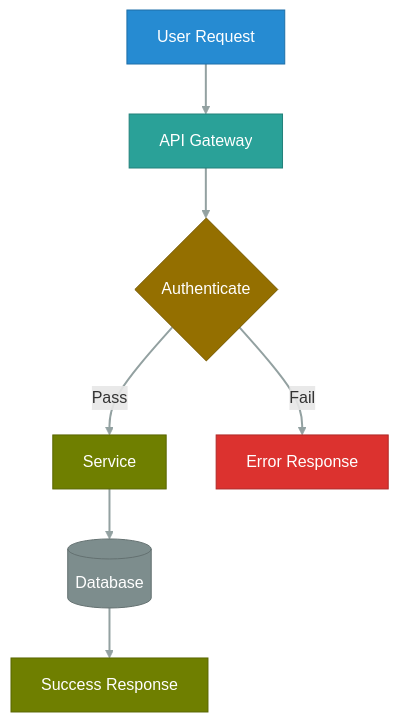
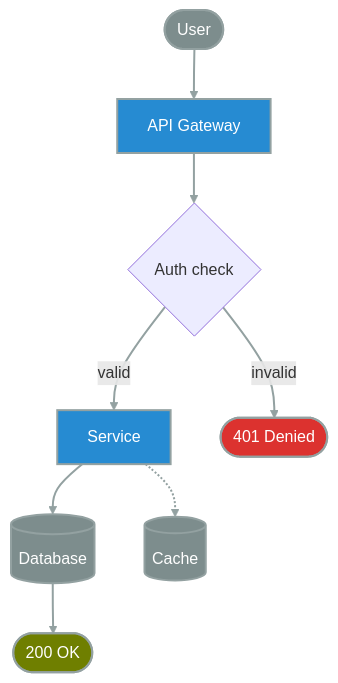
One commit to mdsakalu/agent-plugins changed the sixth of 24 diagrams in creating-mermaid-diagrams/skills/creating-mermaid-diagrams/references/themes.md. Above: the diagram before and after it, drawn with Mermaid. The commit also changed other lines of this file and 4 other files, not shown here.

First line of the commit message:
refactor(creating-mermaid-diagrams): design-driven styling overhaul

````diff
--- a/creating-mermaid-diagrams/skills/creating-mermaid-diagrams/references/themes.md
+++ b/creating-mermaid-diagrams/skills/creating-mermaid-diagrams/references/themes.md
@@ -252,26 +273,18 @@
 ```mermaid
 flowchart TD
-    user["User Request"] --> api["API Gateway"]
-    api --> auth{"Authenticate"}
-    auth -->|Pass| service["Service"]
-    auth -->|Fail| error["Error Response"]
-    service --> db[("Database")]
-    db --> response["Success Response"]
+    user(["User"]) ==> api["API Gateway"] ==> auth{"Auth check"}
+    auth == valid ==> svc["Service"] ==> db[("Database")] ==> res(["200 OK"])
+    auth -- invalid --> err(["401 Denied"])
+    svc -.-> cache[("Cache")]
 
-    classDef primary fill:#268bd2,stroke:#1e6fa8,color:#ffffff
-    classDef secondary fill:#7d8d8d,stroke:#647171,color:#ffffff
-    classDef success fill:#6f7f00,stroke:#596600,color:#ffffff
-    classDef warning fill:#946f00,stroke:#765900,color:#ffffff
-    classDef danger fill:#dc322f,stroke:#b02826,color:#ffffff
-    classDef info fill:#2aa198,stroke:#22817a,color:#ffffff
-
+    classDef primary fill:#268bd2,stroke:#93a1a1,stroke-width:2px,color:#ffffff
+    classDef muted fill:#7d8d8d,stroke:#93a1a1,stroke-width:2px,color:#ffffff
+    classDef success fill:#6f7f00,stroke:#93a1a1,stroke-width:2px,color:#ffffff
+    classDef danger fill:#dc322f,stroke:#93a1a1,stroke-width:2px,color:#ffffff
     linkStyle default stroke:#93a1a1,stroke-width:2px
 
-    class user primary
-    class api info
-    class auth warning
-    class service success
-    class error danger
-    class db secondary
-    class response success
+    class api,svc primary
+    class user,db,cache muted
+    class res success
+    class err danger
 ```
````
